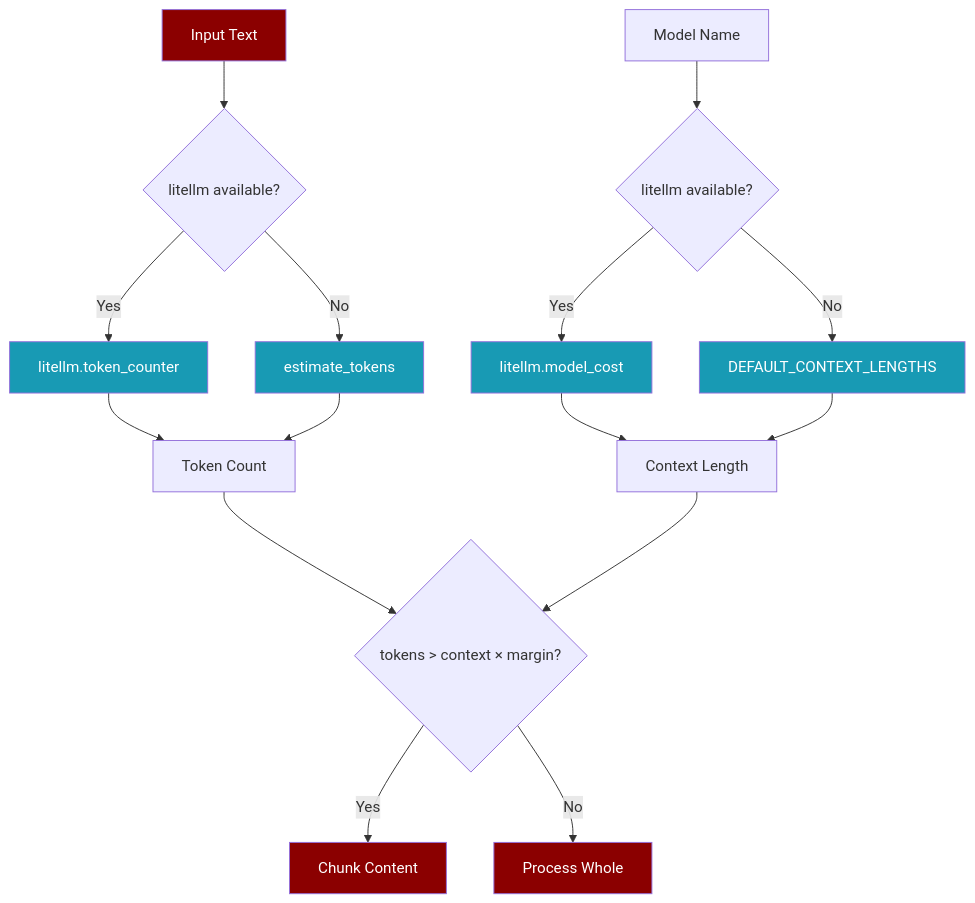
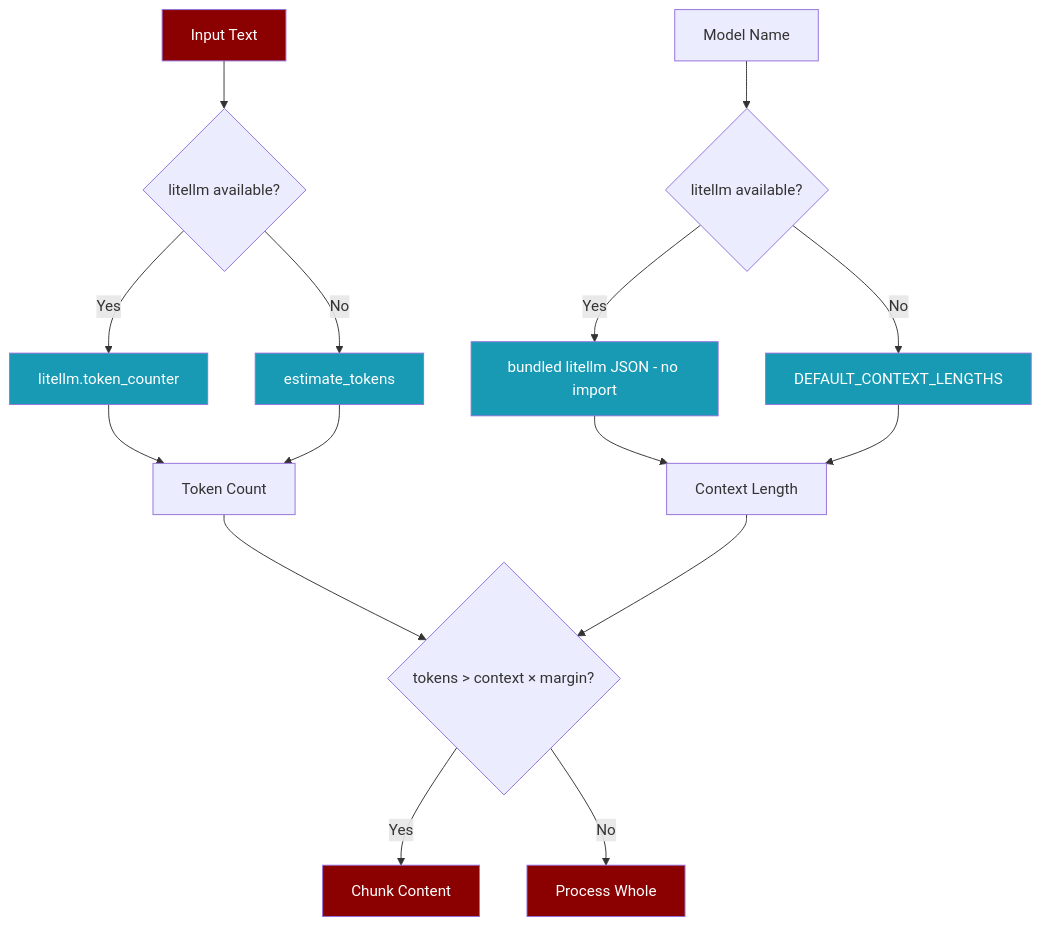
The second of 2 diagrams in docs/sdk/praisonaiagents/eval/tokens.mdx (MervinPraison/PraisonAIDocs), drawn with Mermaid before and after one commit. The commit also changed other lines of this file and 2 other files, not shown here.

Commit message:
fix: update gpt-5 context window (272,000) and extend litellm-first note for PR #6795 (fixes #5044) (#5061)

````diff
--- a/docs/sdk/praisonaiagents/eval/tokens.mdx
+++ b/docs/sdk/praisonaiagents/eval/tokens.mdx
@@ -312,27 +312,27 @@
 ```mermaid
 flowchart TD
     A[Input Text] --> B{litellm available?}
     B -->|Yes| C[litellm.token_counter]
     B -->|No| D[estimate_tokens]
     C --> E[Token Count]
     D --> E
     
     F[Model Name] --> G{litellm available?}
-    G -->|Yes| H[litellm.model_cost]
+    G -->|Yes| H[bundled litellm JSON - no import]
     G -->|No| I[DEFAULT_CONTEXT_LENGTHS]
     H --> J[Context Length]
     I --> J
     
     E --> K{tokens > context × margin?}
     J --> K
     K -->|Yes| L[Chunk Content]
     K -->|No| M[Process Whole]
     
     style A fill:#8B0000,color:#fff
     style L fill:#8B0000,color:#fff
     style M fill:#8B0000,color:#fff
     style C fill:#189AB4,color:#fff
     style D fill:#189AB4,color:#fff
     style H fill:#189AB4,color:#fff
     style I fill:#189AB4,color:#fff
 ```
````
